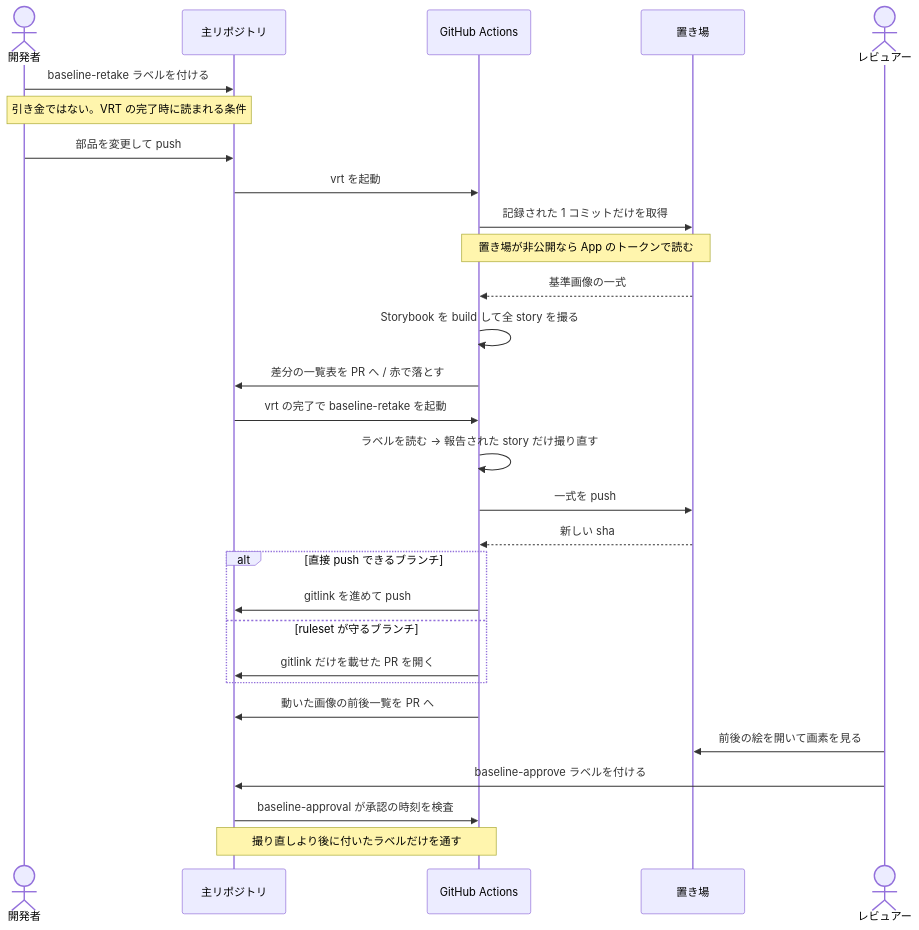
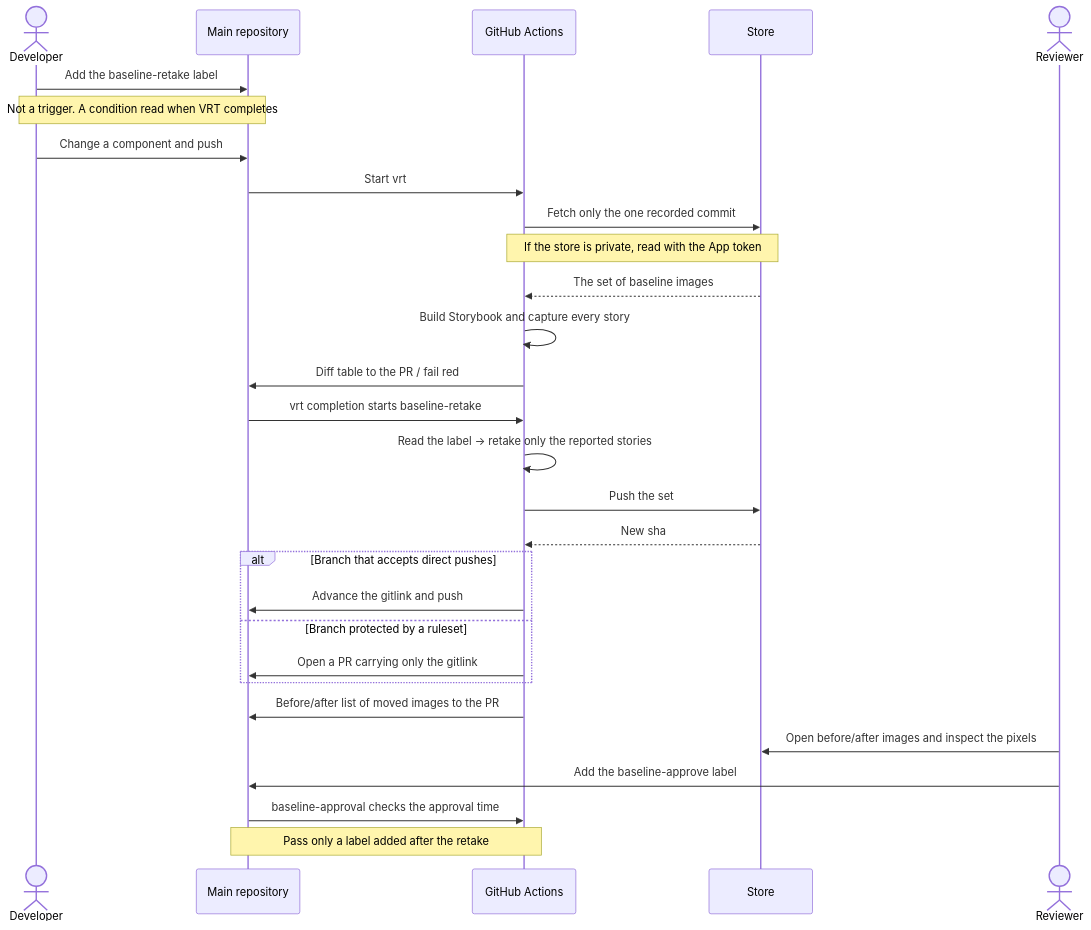
The second of 2 diagrams in docs/design/vrt.md (Tomy-ch/nextjs-boilerplate), drawn with Mermaid before and after one commit. The commit also changed other lines of this file and 189 other files, not shown here.

````diff
--- a/docs/design/vrt.md
+++ b/docs/design/vrt.md
@@ -66,35 +66,35 @@
 ```mermaid
 sequenceDiagram
-    actor dev as 開発者
-    participant main as 主リポジトリ
+    actor dev as Developer
+    participant main as Main repository
     participant gha as GitHub Actions
-    participant store as 置き場
-    actor rev as レビュアー
+    participant store as Store
+    actor rev as Reviewer
 
-    dev->>main: baseline-retake ラベルを付ける
-    Note over dev,main: 引き金ではない。VRT の完了時に読まれる条件
+    dev->>main: Add the baseline-retake label
+    Note over dev,main: Not a trigger. A condition read when VRT completes
 
-    dev->>main: 部品を変更して push
-    main->>gha: vrt を起動
-    gha->>store: 記録された 1 コミットだけを取得
-    Note over gha,store: 置き場が非公開なら App のトークンで読む
-    store-->>gha: 基準画像の一式
-    gha->>gha: Storybook を build して全 story を撮る
-    gha->>main: 差分の一覧表を PR へ / 赤で落とす
+    dev->>main: Change a component and push
+    main->>gha: Start vrt
+    gha->>store: Fetch only the one recorded commit
+    Note over gha,store: If the store is private, read with the App token
+    store-->>gha: The set of baseline images
+    gha->>gha: Build Storybook and capture every story
+    gha->>main: Diff table to the PR / fail red
 
-    main->>gha: vrt の完了で baseline-retake を起動
-    gha->>gha: ラベルを読む → 報告された story だけ撮り直す
-    gha->>store: 一式を push
-    store-->>gha: 新しい sha
-    alt 直接 push できるブランチ
-        gha->>main: gitlink を進めて push
-    else ruleset が守るブランチ
-        gha->>main: gitlink だけを載せた PR を開く
+    main->>gha: vrt completion starts baseline-retake
+    gha->>gha: Read the label → retake only the reported stories
+    gha->>store: Push the set
+    store-->>gha: New sha
+    alt Branch that accepts direct pushes
+        gha->>main: Advance the gitlink and push
+    else Branch protected by a ruleset
+        gha->>main: Open a PR carrying only the gitlink
     end
-    gha->>main: 動いた画像の前後一覧を PR へ
+    gha->>main: Before/after list of moved images to the PR
 
-    rev->>store: 前後の絵を開いて画素を見る
-    rev->>main: baseline-approve ラベルを付ける
-    main->>gha: baseline-approval が承認の時刻を検査
-    Note over main,gha: 撮り直しより後に付いたラベルだけを通す
+    rev->>store: Open before/after images and inspect the pixels
+    rev->>main: Add the baseline-approve label
+    main->>gha: baseline-approval checks the approval time
+    Note over main,gha: Pass only a label added after the retake
 ```
````
